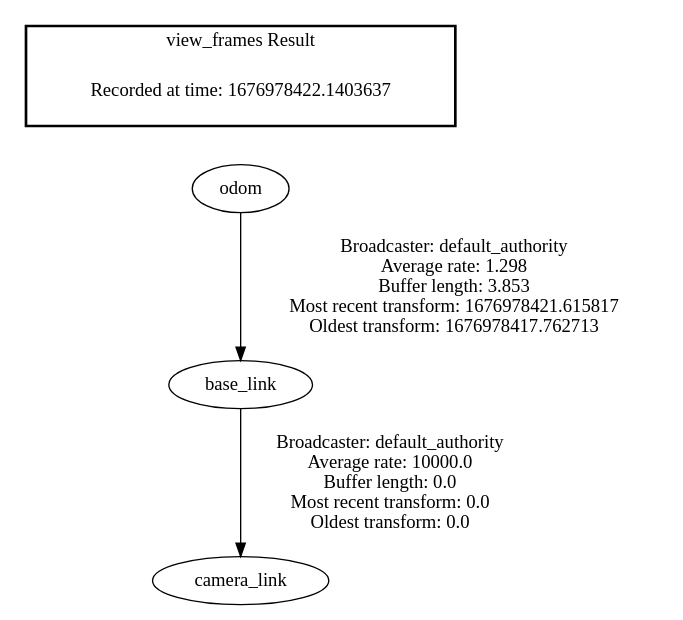
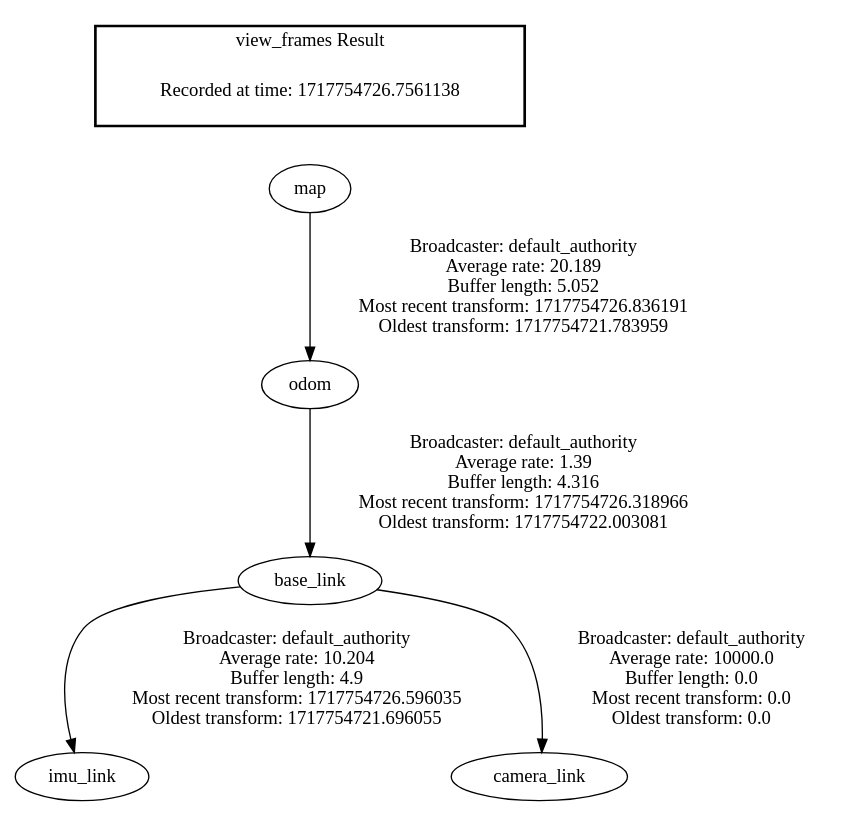
One commit to i3drobotics/phase_rtabmap_ros2 changed the diagram in frames.gv. Above: the diagram before and after it, drawn with Graphviz. The commit also changed 8 other files, not shown here.

```diff
--- a/frames.gv
+++ b/frames.gv
@@ -1,8 +1,10 @@
 digraph G {
+"base_link" -> "imu_link"[label=" Broadcaster: default_authority\nAverage rate: 10.204\nBuffer length: 4.9\nMost recent transform: 1717754726.596035\nOldest transform: 1717754721.696055\n"];
+"odom" -> "base_link"[label=" Broadcaster: default_authority\nAverage rate: 1.39\nBuffer length: 4.316\nMost recent transform: 1717754726.318966\nOldest transform: 1717754722.003081\n"];
+"map" -> "odom"[label=" Broadcaster: default_authority\nAverage rate: 20.189\nBuffer length: 5.052\nMost recent transform: 1717754726.836191\nOldest transform: 1717754721.783959\n"];
 "base_link" -> "camera_link"[label=" Broadcaster: default_authority\nAverage rate: 10000.0\nBuffer length: 0.0\nMost recent transform: 0.0\nOldest transform: 0.0\n"];
-"odom" -> "base_link"[label=" Broadcaster: default_authority\nAverage rate: 1.298\nBuffer length: 3.853\nMost recent transform: 1676978421.615817\nOldest transform: 1676978417.762713\n"];
 edge [style=invis];
  subgraph cluster_legend { style=bold; color=black; label ="view_frames Result";
-"Recorded at time: 1676978422.1403637"[ shape=plaintext ] ;
-}->"odom";
+"Recorded at time: 1717754726.7561138"[ shape=plaintext ] ;
+}->"map";
 }
```
